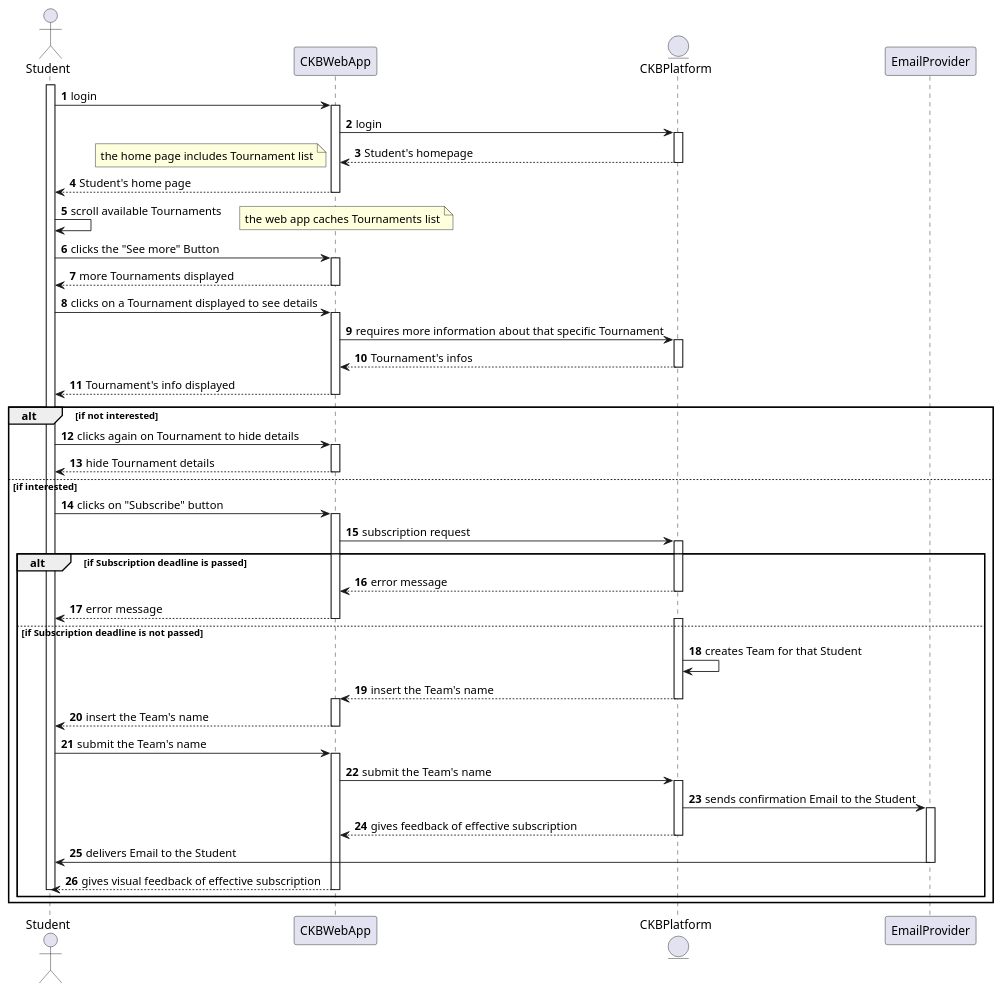
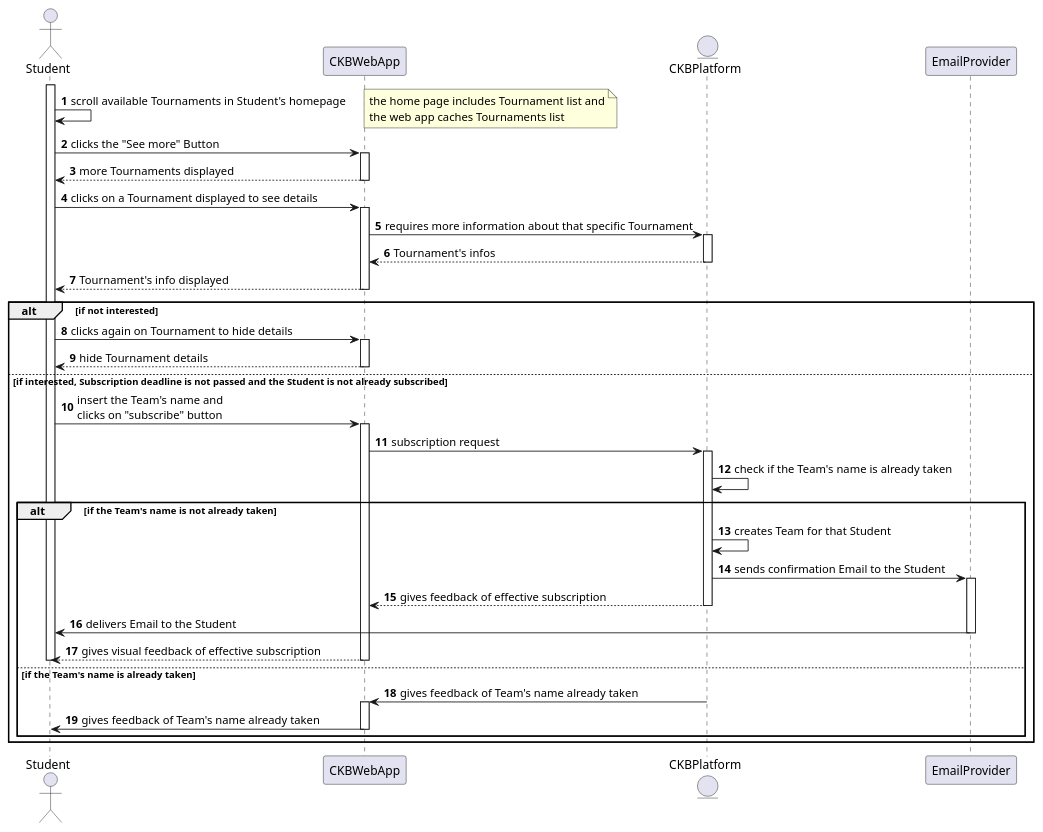
The diagram in _RASD/Images/UML/sequenceDiagram/sequenceDiagramUC3.wsd (Angelo7672/SE2_Requirement-and-Design-Document), drawn with PlantUML before and after one commit. The commit also changed 7 other files, not shown here.

Commit message:
component Interface diagram update. uc3 uc4 RASD fix

```diff
--- a/_RASD/Images/UML/sequenceDiagram/sequenceDiagramUC3.wsd
+++ b/_RASD/Images/UML/sequenceDiagram/sequenceDiagramUC3.wsd
@@ -1,77 +1,58 @@
 @startuml
 
 autonumber
 actor Student as S
 participant CKBWebApp as A
 entity CKBPlatform as P
 participant EmailProvider as E
 
 activate S
-S->A: login
-activate A
-A->P: login
-activate P
-A<---P: Student's homepage
-deactivate P
-note left
-    the home page includes Tournament list
-end note
-S<---A: Student's home page
-deactivate A
-S->S: scroll available Tournaments
+S->S: scroll available Tournaments in Student's homepage
 note right
+    the home page includes Tournament list and
     the web app caches Tournaments list
 end note
 S->A: clicks the "See more" Button
 activate A
 S<---A: more Tournaments displayed
 deactivate A
 S->A: clicks on a Tournament displayed to see details
 activate A
 A->P: requires more information about that specific Tournament
 activate P
 A<---P: Tournament's infos
 deactivate P
 S<---A: Tournament's info displayed
 deactivate A
 
 alt if not interested
     S->A: clicks again on Tournament to hide details
     activate A
     S<---A: hide Tournament details
     deactivate A
-else if interested
-    S->A: clicks on "Subscribe" button
+else if interested, Subscription deadline is not passed and the Student is not already subscribed
+    S->A: insert the Team's name and\nclicks on "subscribe" button
     activate A
     A->P: subscription request
     activate P
-
-    alt if Subscription deadline is passed
-        P--->A: error message
-        deactivate P
-        S<--A: error message
-        deactivate A
-    else if Subscription deadline is not passed
-        activate P
+    P->P: check if the Team's name is already taken
+    alt if the Team's name is not already taken
         P->P: creates Team for that Student
-        P--->A: insert the Team's name
-        deactivate P
-        activate A
-        A--->S: insert the Team's name
-        deactivate A
-        S->A: submit the Team's name
-        activate A
-        A->P: submit the Team's name
-        activate P
         P->E: sends confirmation Email to the Student
         activate E
         A<---P: gives feedback of effective subscription
-         deactivate P
+        deactivate P
         E->S: delivers Email to the Student
         deactivate E
         S<---A: gives visual feedback of effective subscription
         deactivate A
         deactivate S
+    else if the Team's name is already taken
+        P->A: gives feedback of Team's name already taken
+        activate A
+        A->S: gives feedback of Team's name already taken
+        deactivate P
+        deactivate A
     end
 end
 @enduml
```
